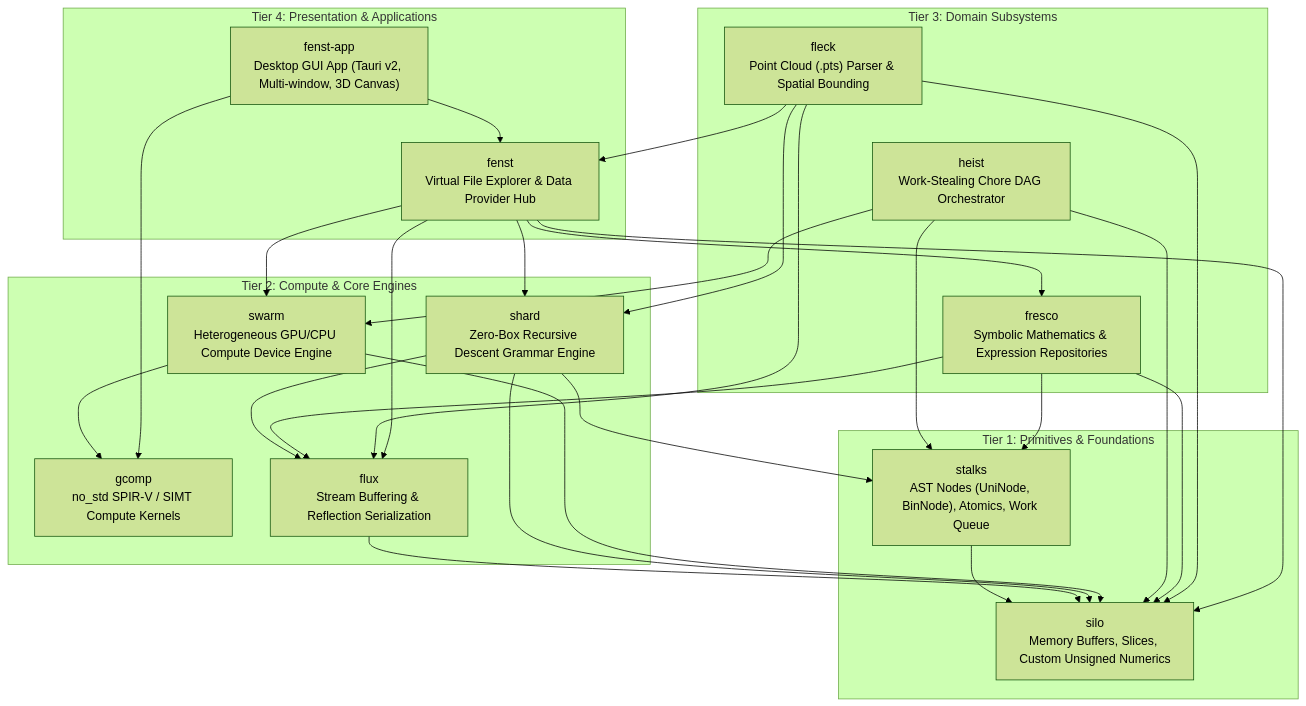
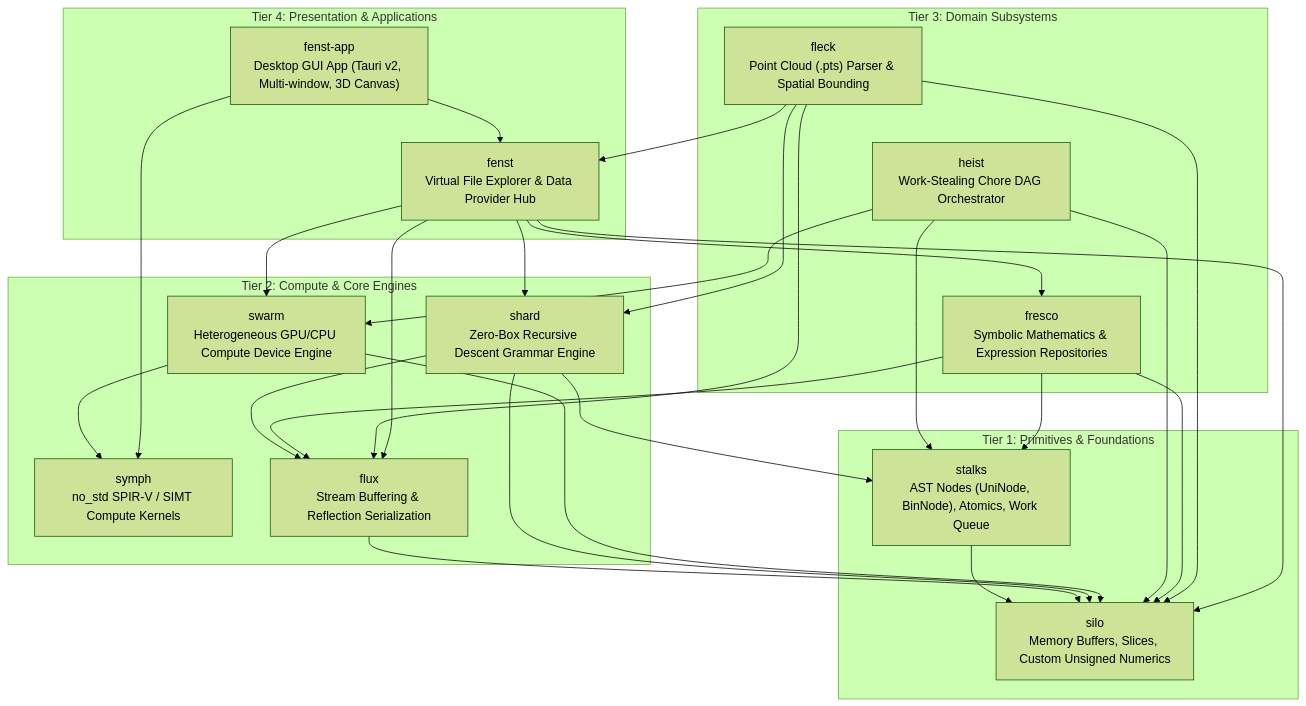
Before and after one commit to jswarup/Kosh: the diagram in wiki/Architecture.md, drawn with Mermaid (forest theme). The commit also changed other lines of this file and 12 other files, not shown here.

Commit message:
Rename gcomp crate and subsystem to symph

````diff
--- a/wiki/Architecture.md
+++ b/wiki/Architecture.md
@@ -17,56 +17,56 @@
 ```mermaid
 graph TD
     subgraph Layer4 ["Tier 4: Presentation & Applications"]
         FenstApp["fenst-app<br/>Desktop GUI App (Tauri v2, Multi-window, 3D Canvas)"]
         Fenst["fenst<br/>Virtual File Explorer & Data Provider Hub"]
     end
 
     subgraph Layer3 ["Tier 3: Domain Subsystems"]
         Fleck["fleck<br/>Point Cloud (.pts) Parser & Spatial Bounding"]
         Fresco["fresco<br/>Symbolic Mathematics & Expression Repositories"]
         Heist["heist<br/>Work-Stealing Chore DAG Orchestrator"]
     end
 
     subgraph Layer2 ["Tier 2: Compute & Core Engines"]
         Swarm["swarm<br/>Heterogeneous GPU/CPU Compute Device Engine"]
-        GComp["gcomp<br/>no_std SPIR-V / SIMT Compute Kernels"]
+        Symph["symph<br/>no_std SPIR-V / SIMT Compute Kernels"]
         Shard["shard<br/>Zero-Box Recursive Descent Grammar Engine"]
         Flux["flux<br/>Stream Buffering & Reflection Serialization"]
     end
 
     subgraph Layer1 ["Tier 1: Primitives & Foundations"]
         Stalks["stalks<br/>AST Nodes (UniNode, BinNode), Atomics, Work Queue"]
         Silo["silo<br/>Memory Buffers, Slices, Custom Unsigned Numerics"]
     end
 
     FenstApp --> Fenst
-    FenstApp --> GComp
+    FenstApp --> Symph
     Fenst --> Shard
     Fenst --> Fresco
     Fenst --> Flux
     Fenst --> Swarm
     Fenst --> Silo
 
     Fleck --> Shard
     Fleck --> Flux
     Fleck --> Silo
     Fleck --> Fenst
 
     Fresco --> Flux
     Fresco --> Stalks
     Fresco --> Silo
 
     Heist --> Swarm
     Heist --> Stalks
     Heist --> Silo
 
-    Swarm --> GComp
+    Swarm --> Symph
     Swarm --> Silo
 
     Shard --> Stalks
     Shard --> Flux
     Shard --> Silo
 
     Flux --> Silo
     Stalks --> Silo
 ```
````
